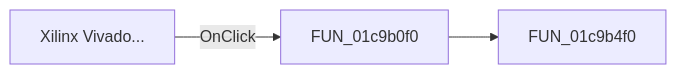
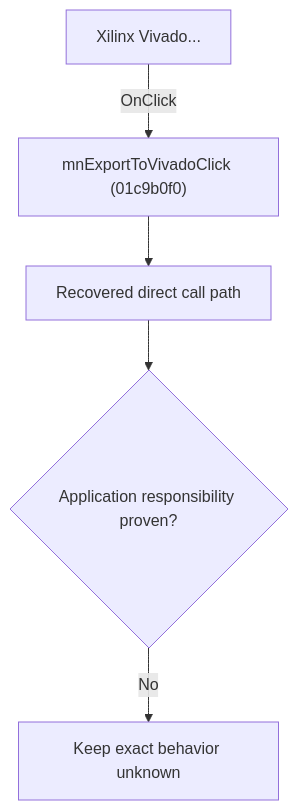
Before and after one commit to MovGP0/TIARA: the diagram in docs/ui-controls/schematiceditor/mnexporttovivado-db844bdd78.md, drawn with Mermaid. The commit also changed other lines of this file and 1062 other files, not shown here.

````diff
--- a/docs/ui-controls/schematiceditor/mnexporttovivado-db844bdd78.md
+++ b/docs/ui-controls/schematiceditor/mnexporttovivado-db844bdd78.md
@@ -27,5 +27,7 @@
 ```mermaid
-flowchart LR
-    control["Xilinx Vivado..."] -->|OnClick| handler["FUN_01c9b0f0"]
-    handler --> call1["FUN_01c9b4f0"]
+flowchart TD
+    control["Xilinx Vivado..."] -->|"OnClick"| handler["mnExportToVivadoClick (01c9b0f0)"]
+    handler --> recovered["Recovered direct call path"]
+    recovered --> gap{"Application responsibility proven?"}
+    gap -->|"No"| blocked["Keep exact behavior unknown"]
 ```
````
